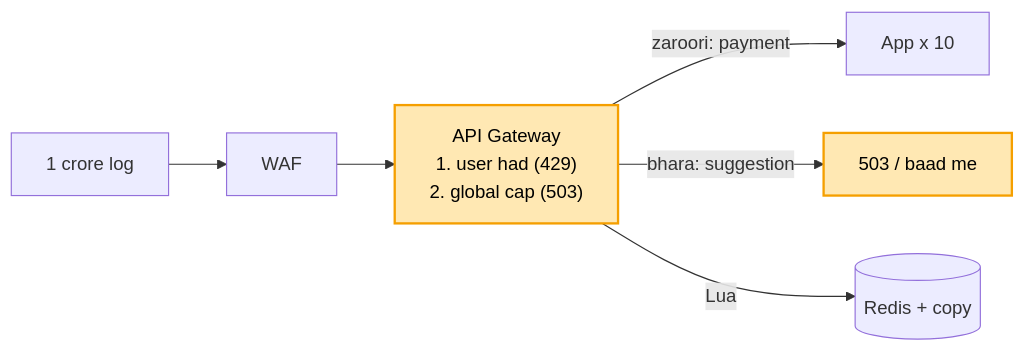
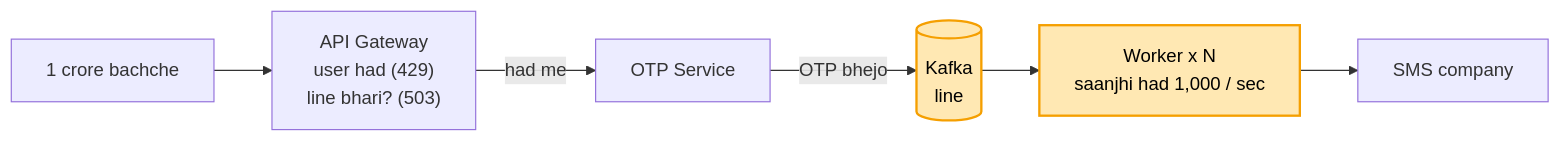
Before and after one commit to ArpanMaheshwari144/Prep: the ninth of 10 diagrams in 04_HLD/SYSTEM_DESIGNS/02_rate_limiter/02_rate_limiter.md, drawn with Mermaid. The commit also changed other lines of this file and 19 other files, not shown here.

````diff
--- a/04_HLD/SYSTEM_DESIGNS/02_rate_limiter/02_rate_limiter.md
+++ b/04_HLD/SYSTEM_DESIGNS/02_rate_limiter/02_rate_limiter.md
@@ -352,10 +368,10 @@
 ```mermaid
 flowchart LR
-    U["1 crore log"] --> W["WAF"]
-    W --> G["API Gateway<br/>1. user had (429)<br/>2. global cap (503)"]
-    G -- "zaroori: payment" --> S["App x 10"]
-    G -- "bhara: suggestion" --> X["503 / baad me"]
-    G -- "Lua" --> R[("Redis + copy")]
-    style G fill:#ffe8b3,stroke:#f59f00,stroke-width:2px,color:#000
-    style X fill:#ffe8b3,stroke:#f59f00,stroke-width:2px,color:#000
+    U["1 crore bachche"] --> G["API Gateway<br/>user had (429)<br/>line bhari? (503)"]
+    G -- "had me" --> O["OTP Service"]
+    O -- "OTP bhejo" --> K[("Kafka<br/>line")]
+    K --> WK["Worker x N<br/>saanjhi had 1,000 / sec"]
+    WK --> SMS["SMS company"]
+    style K fill:#ffe8b3,stroke:#f59f00,stroke-width:2px,color:#000
+    style WK fill:#ffe8b3,stroke:#f59f00,stroke-width:2px,color:#000
 ```
````
